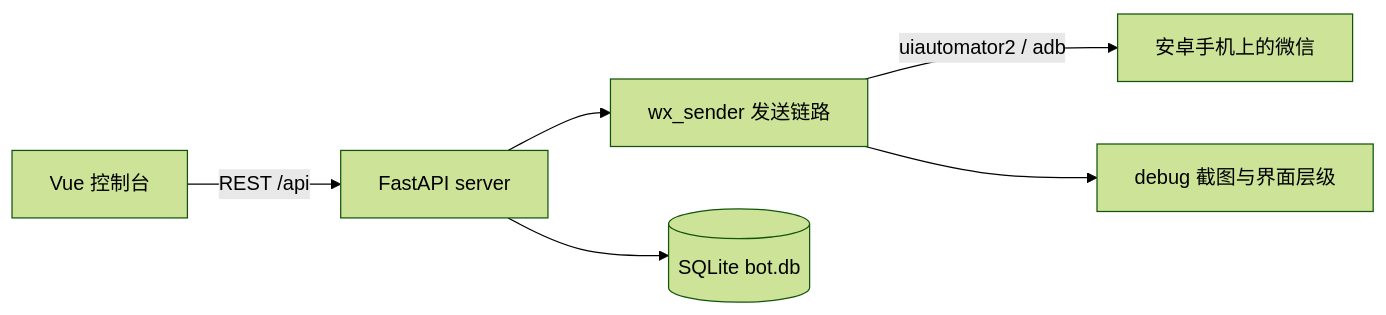
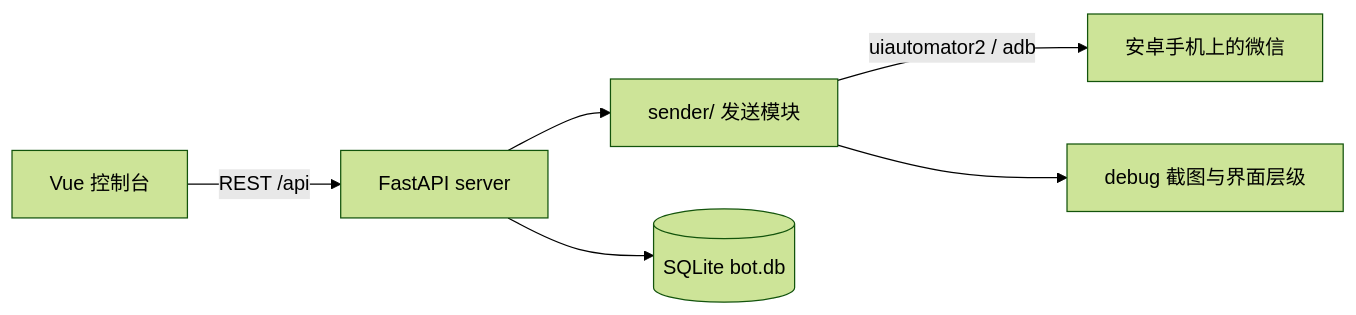
Before and after one commit to YaoZeyuan/wechat-bot: the diagram in README.md, drawn with Mermaid (forest theme). The commit also changed other lines of this file and 10 other files, not shown here.

````diff
--- a/README.md
+++ b/README.md
@@ -15,8 +15,8 @@
 ```mermaid
 flowchart LR
   A[Vue 控制台] -->|REST /api| B[FastAPI server]
-  B --> C[wx_sender 发送链路]
+  B --> C[sender/ 发送模块]
   C -->|uiautomator2 / adb| D[安卓手机上的微信]
   B --> E[(SQLite bot.db)]
   C --> F[debug 截图与界面层级]
 ```
````
